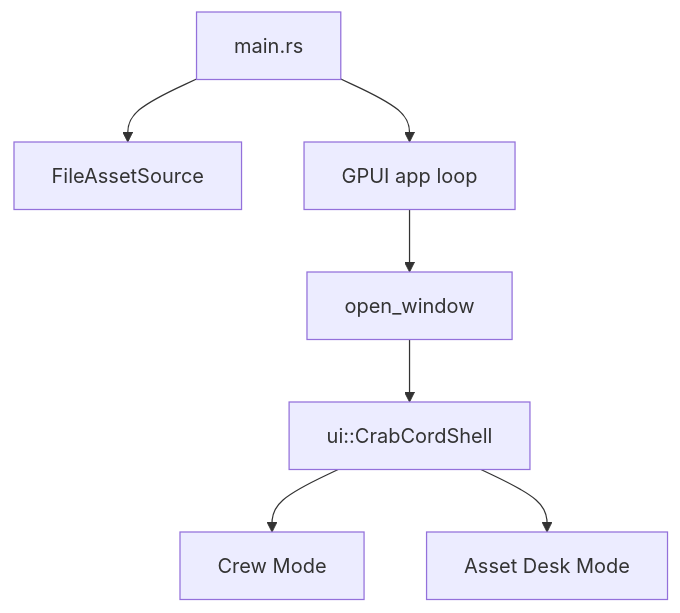
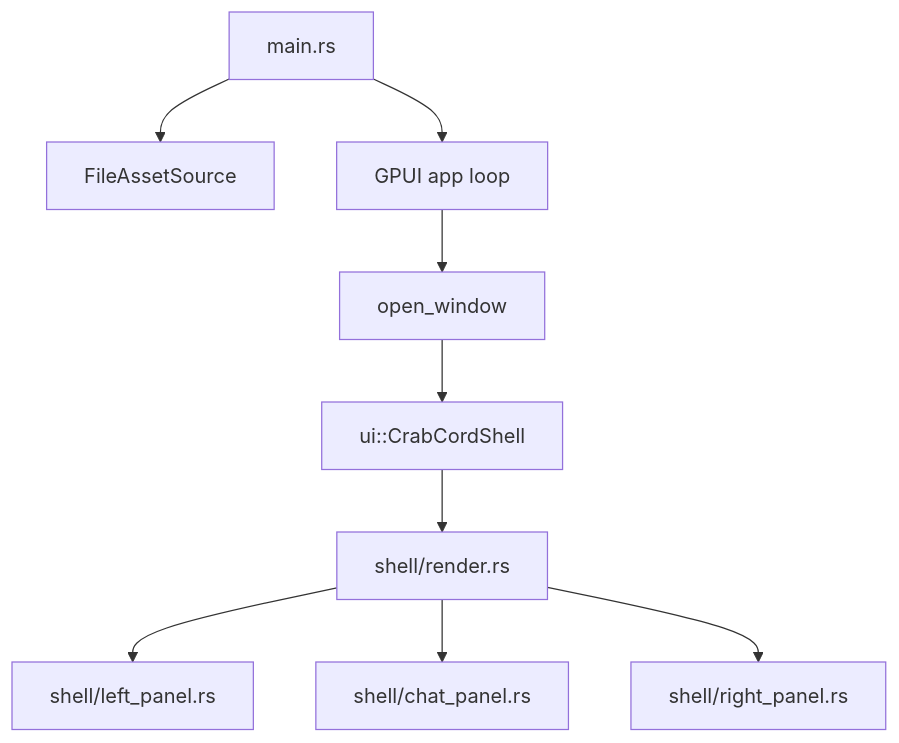
Before and after one commit to BradleyMatera/rustpractice: the diagram in gpui-playground/docs/ARCHITECTURE.md, drawn with Mermaid. The commit also changed other lines of this file and 4 other files, not shown here.

````diff
--- a/gpui-playground/docs/ARCHITECTURE.md
+++ b/gpui-playground/docs/ARCHITECTURE.md
@@ -5,9 +5,11 @@
 ```mermaid
 flowchart TD
     A[main.rs] --> B[FileAssetSource]
     A --> C[GPUI app loop]
     C --> D[open_window]
     D --> E[ui::CrabCordShell]
-    E --> F[Crew Mode]
-    E --> G[Asset Desk Mode]
+    E --> F[shell/render.rs]
+    F --> G[shell/left_panel.rs]
+    F --> H[shell/chat_panel.rs]
+    F --> I[shell/right_panel.rs]
 ```
````
